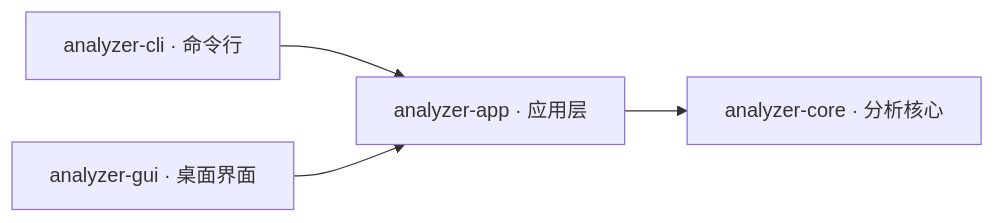
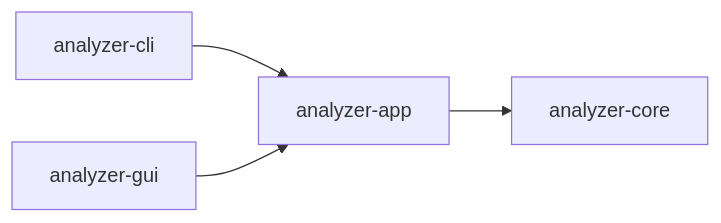
One commit to MoShouSecurity/Easy_Analyzer changed the diagram in README.md. Above: the diagram before and after it, drawn with Mermaid. The commit also changed other lines of this file and 5 other files, not shown here.

````diff
--- a/README.md
+++ b/README.md
@@ -62,6 +167,6 @@
 ```mermaid
 flowchart LR
-    CLI[analyzer-cli · 命令行] --> APP[analyzer-app · 应用层]
-    GUI[analyzer-gui · 桌面界面] --> APP
-    APP --> CORE[analyzer-core · 分析核心]
+    CLI[analyzer-cli] --> APP[analyzer-app]
+    GUI[analyzer-gui] --> APP
+    APP --> CORE[analyzer-core]
 ```
````
